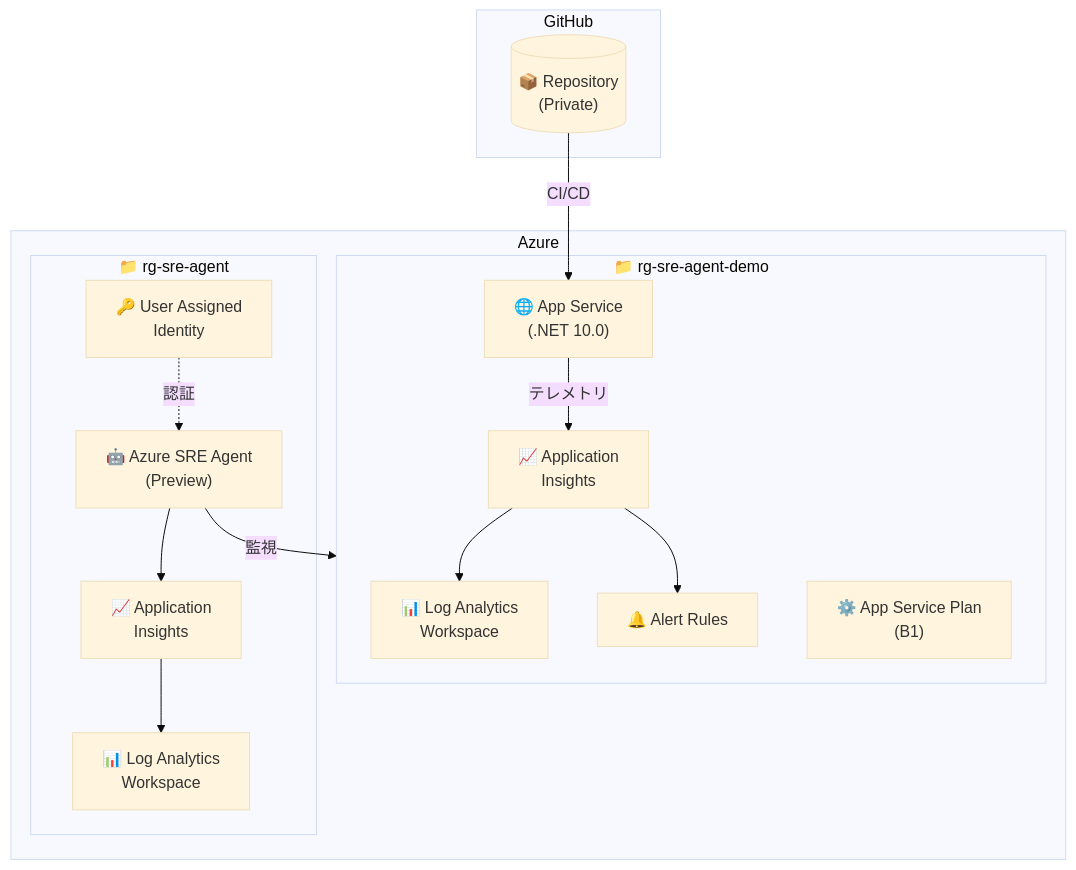
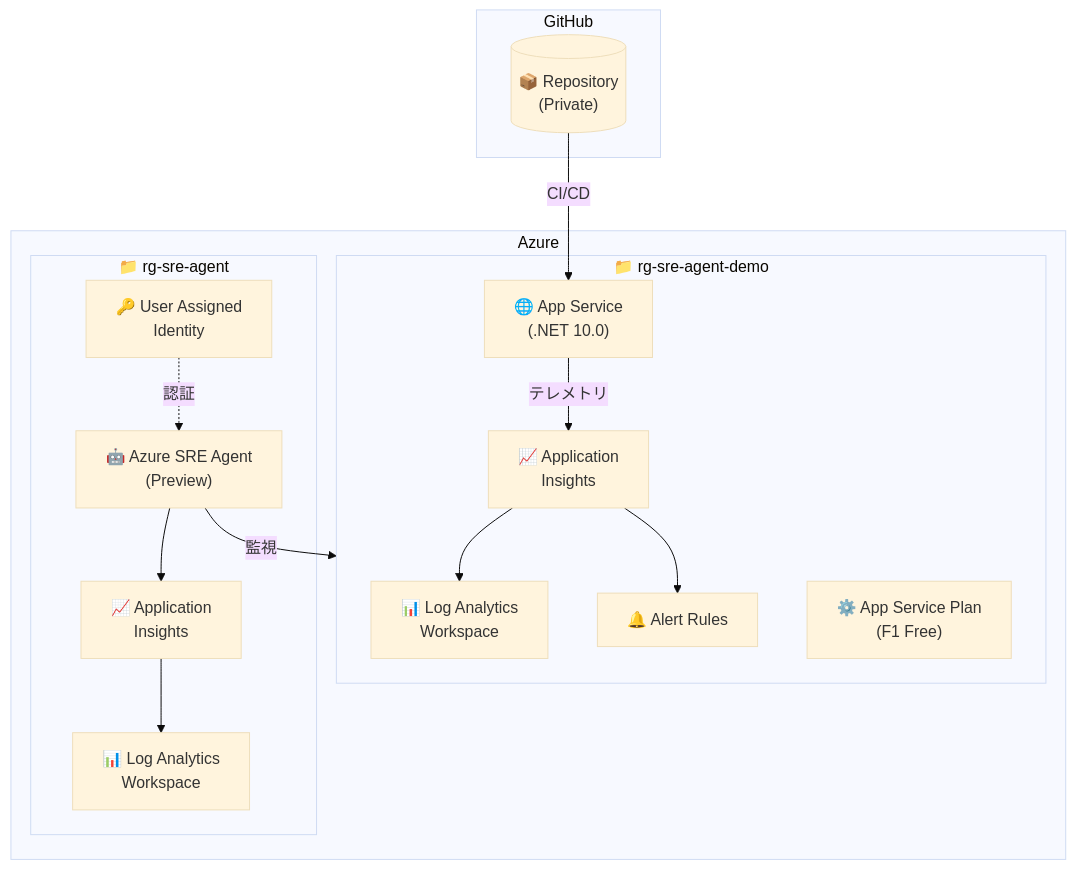
The diagram in README.md (ussvgr/azure-sre-agent-demokit), drawn with Mermaid (base theme) before and after one commit. The commit also changed other lines of this file and 1 other file, not shown here.

Commit message:
Update README.md and app_service.tf to reflect changes in App Service Plan and configuration details

````diff
--- a/README.md
+++ b/README.md
@@ -12,33 +12,33 @@
 ```mermaid
 graph TB
     subgraph GitHub
         REPO[("📦 Repository<br/>(Private)")]
     end
 
     subgraph Azure
         subgraph RG1["📁 rg-sre-agent-demo"]
             LAW["📊 Log Analytics<br/>Workspace"]
             AI["📈 Application<br/>Insights"]
             ALERT["🔔 Alert Rules"]
-            ASP["⚙️ App Service Plan<br/>(B1)"]
+            ASP["⚙️ App Service Plan<br/>(F1 Free)"]
             APP["🌐 App Service<br/>(.NET 10.0)"]
         end
 
         subgraph RG2["📁 rg-sre-agent"]
             SLAW["📊 Log Analytics<br/>Workspace"]
             SAI["📈 Application<br/>Insights"]
             UAI["🔑 User Assigned<br/>Identity"]
             SRE["🤖 Azure SRE Agent<br/>(Preview)"]
         end
     end
 
     %% Connections
     REPO -->|"CI/CD"| APP
     APP -->|"テレメトリ"| AI
     AI --> LAW
     AI --> ALERT
     SRE -->|"監視"| RG1
     SRE --> SAI
     SAI --> SLAW
     UAI -.->|"認証"| SRE
 ```
````
